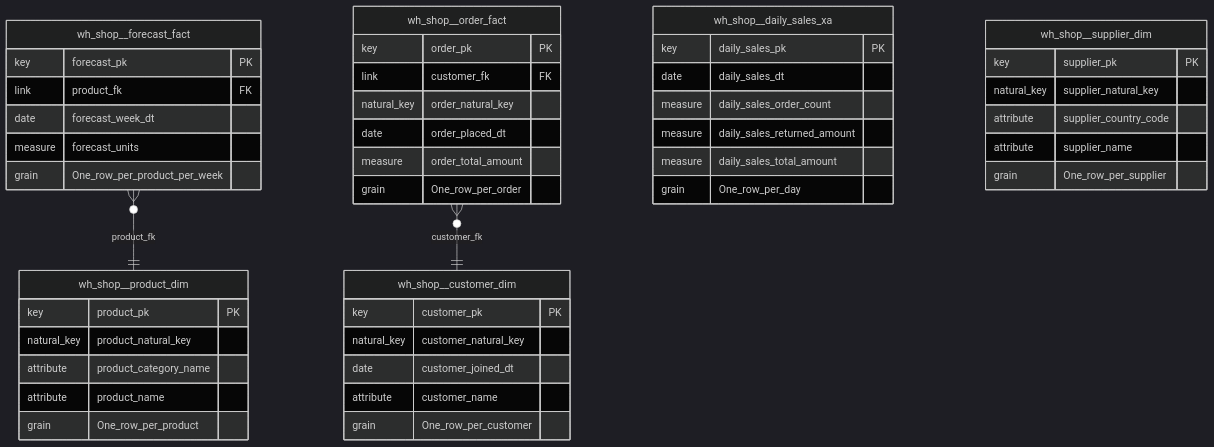
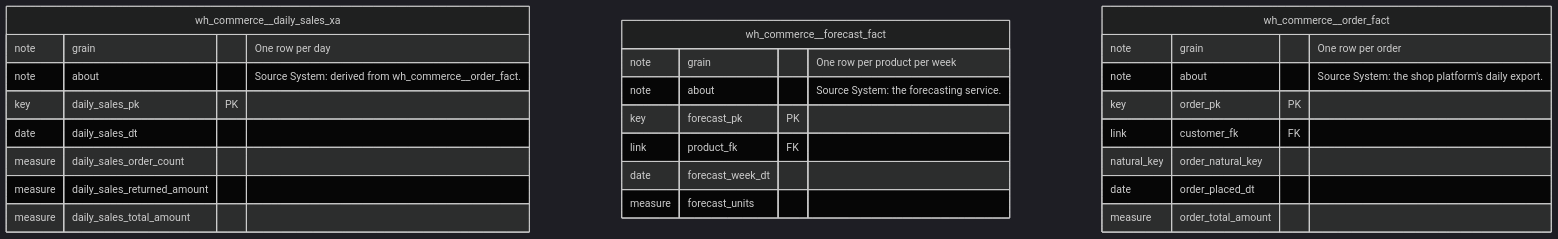
The second of 6 diagrams in docs/example/data-model.md (sav-sus/Hunter), drawn with Mermaid (dark theme) before and after one commit. The commit also changed other lines of this file and 130 other files, not shown here.

First line of the commit message:
Add the roadmap, verified status, layer discovery and Pages publishing

````diff
--- a/docs/example/data-model.md
+++ b/docs/example/data-model.md
@@ -38,49 +32,29 @@
 ```mermaid
 erDiagram
-  wh_shop__forecast_fact }o--|| wh_shop__product_dim : "product_fk"
-  wh_shop__order_fact }o--|| wh_shop__customer_dim : "customer_fk"
-  wh_shop__customer_dim {
-    key customer_pk PK
-    natural_key customer_natural_key
-    date customer_joined_dt
-    attribute customer_name
-    grain One_row_per_customer
-  }
-  wh_shop__daily_sales_xa {
+  wh_commerce__daily_sales_xa {
+    note grain "One row per day"
+    note about "Source System: derived from wh_commerce__order_fact."
     key daily_sales_pk PK
     date daily_sales_dt
     measure daily_sales_order_count
     measure daily_sales_returned_amount
     measure daily_sales_total_amount
-    grain One_row_per_day
   }
-  wh_shop__forecast_fact {
+  wh_commerce__forecast_fact {
+    note grain "One row per product per week"
+    note about "Source System: the forecasting service."
     key forecast_pk PK
     link product_fk FK
     date forecast_week_dt
     measure forecast_units
-    grain One_row_per_product_per_week
   }
-  wh_shop__order_fact {
+  wh_commerce__order_fact {
+    note grain "One row per order"
+    note about "Source System: the shop platform's daily export."
     key order_pk PK
     link customer_fk FK
     natural_key order_natural_key
     date order_placed_dt
     measure order_total_amount
-    grain One_row_per_order
-  }
-  wh_shop__product_dim {
-    key product_pk PK
-    natural_key product_natural_key
-    attribute product_category_name
-    attribute product_name
-    grain One_row_per_product
-  }
-  wh_shop__supplier_dim {
-    key supplier_pk PK
-    natural_key supplier_natural_key
-    attribute supplier_country_code
-    attribute supplier_name
-    grain One_row_per_supplier
   }
 ```
````
